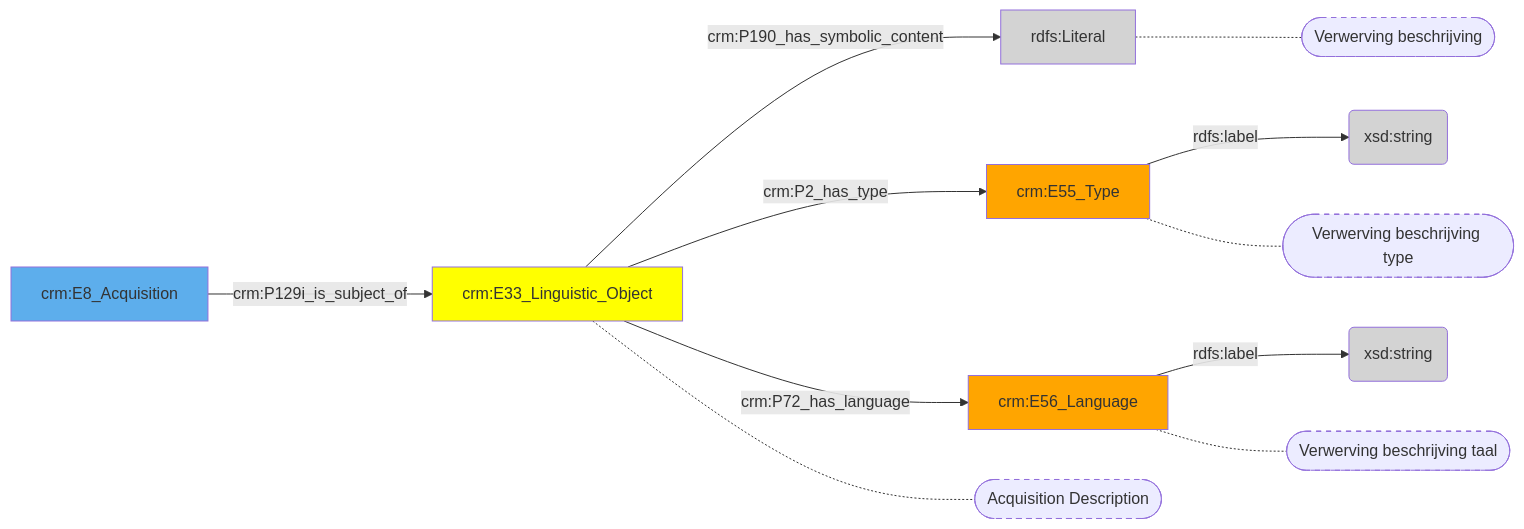
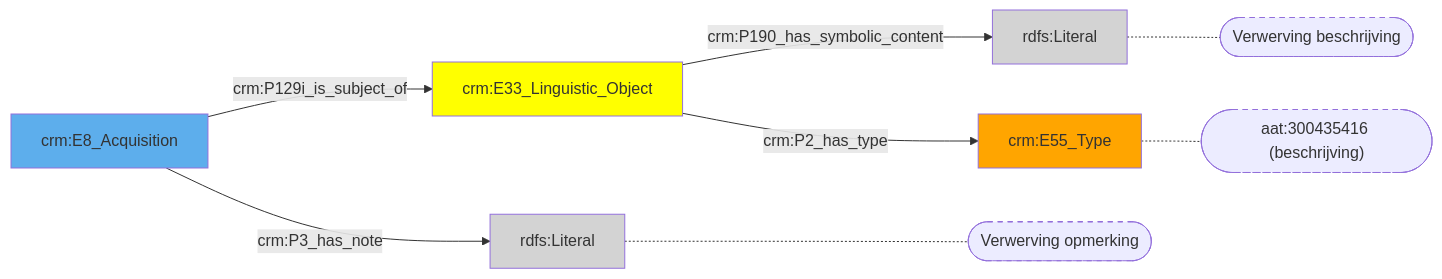
Before and after one commit to digipolisantwerpdocumentation/antwerp-cultureel-erfgoed: the diagram in docs/content/modellen/Acquisition/Inhoud.md, drawn with Mermaid. The commit also changed 170 other files, not shown here.

````diff
--- a/docs/content/modellen/Acquisition/Inhoud.md
+++ b/docs/content/modellen/Acquisition/Inhoud.md
@@ -1,24 +1,18 @@
 ```mermaid
 graph LR
+style 0a2a3cd4-e991-11ed-9064-00163e71351b fill:#ffff00
+style 0a2a41ac-e991-11ed-9064-00163e71351b fill:#D3D3D3
+style 0a2a44d6-e991-11ed-9064-00163e71351b fill:#ffa500
+style 122e596a-e991-11ed-9232-00163e71351b fill:#D3D3D3
+style 7b658ca8-d44e-11ed-9064-00163e71351b fill:#5DAEEC
 0a2a3cd4-e991-11ed-9064-00163e71351b["crm:E33_Linguistic_Object"]-->|"crm:P190_has_symbolic_content"|0a2a41ac-e991-11ed-9064-00163e71351b(rdfs:Literal)
-0a2a44d6-e991-11ed-9064-00163e71351b["crm:E55_Type"]-->|"rdfs:label"|0a2a4364-e991-11ed-9064-00163e71351b(xsd:string)
-0a2a479c-e991-11ed-9064-00163e71351b["crm:E56_Language"]-->|"rdfs:label"|0a2a463e-e991-11ed-9064-00163e71351b(xsd:string)
+7b658ca8-d44e-11ed-9064-00163e71351b["crm:E8_Acquisition"]-->|"crm:P3_has_note"|122e596a-e991-11ed-9232-00163e71351b(rdfs:Literal)
 0a2a3cd4-e991-11ed-9064-00163e71351b["crm:E33_Linguistic_Object"]-->|"crm:P2_has_type"|0a2a44d6-e991-11ed-9064-00163e71351b["crm:E55_Type"]
-0a2a3cd4-e991-11ed-9064-00163e71351b["crm:E33_Linguistic_Object"]-->|"crm:P72_has_language"|0a2a479c-e991-11ed-9064-00163e71351b["crm:E56_Language"]
 7b658ca8-d44e-11ed-9064-00163e71351b["crm:E8_Acquisition"]-->|"crm:P129i_is_subject_of"|0a2a3cd4-e991-11ed-9064-00163e71351b["crm:E33_Linguistic_Object"]
 0a2a41ac-e991-11ed-9064-00163e71351b["rdfs:Literal"]-.-0a2a41ac-e991-11ed-9064-00163e71351b_s(["Verwerving beschrijving"])
-0a2a44d6-e991-11ed-9064-00163e71351b["crm:E55_Type"]-.-0a2a44d6-e991-11ed-9064-00163e71351b_s(["Verwerving beschrijving type"])
-0a2a479c-e991-11ed-9064-00163e71351b["crm:E56_Language"]-.-0a2a479c-e991-11ed-9064-00163e71351b_s(["Verwerving beschrijving taal"])
-0a2a3cd4-e991-11ed-9064-00163e71351b["crm:E33_Linguistic_Object"]-.-0a2a3cd4-e991-11ed-9064-00163e71351b_s(["Acquisition Description"])
+0a2a44d6-e991-11ed-9064-00163e71351b["crm:E55_Type"]-.-0a2a44d6-e991-11ed-9064-00163e71351b_s(["aat:300435416 (beschrijving)"])
+122e596a-e991-11ed-9232-00163e71351b["rdfs:Literal"]-.-122e596a-e991-11ed-9232-00163e71351b_s(["Verwerving opmerking"])
 style 0a2a41ac-e991-11ed-9064-00163e71351b_s stroke-dasharray: 5
 style 0a2a44d6-e991-11ed-9064-00163e71351b_s stroke-dasharray: 5
-style 0a2a479c-e991-11ed-9064-00163e71351b_s stroke-dasharray: 5
-style 0a2a3cd4-e991-11ed-9064-00163e71351b_s stroke-dasharray: 5
-style 0a2a3cd4-e991-11ed-9064-00163e71351b fill:#ffff00
-style 0a2a41ac-e991-11ed-9064-00163e71351b fill:#D3D3D3
-style 0a2a4364-e991-11ed-9064-00163e71351b fill:#D3D3D3
-style 0a2a44d6-e991-11ed-9064-00163e71351b fill:#ffa500
-style 0a2a463e-e991-11ed-9064-00163e71351b fill:#D3D3D3
-style 0a2a479c-e991-11ed-9064-00163e71351b fill:#ffa500
-style 7b658ca8-d44e-11ed-9064-00163e71351b fill:#5DAEEC
+style 122e596a-e991-11ed-9232-00163e71351b_s stroke-dasharray: 5
 ```
````
